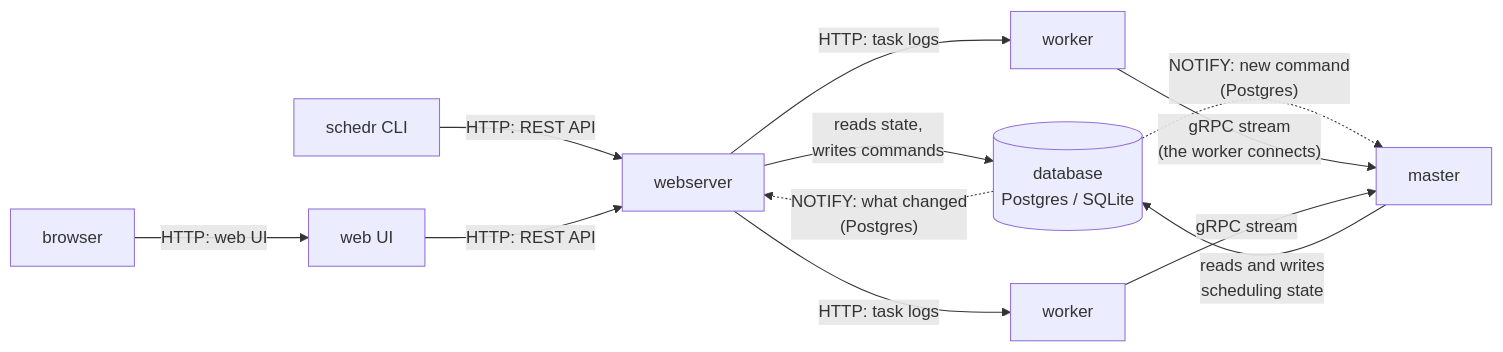
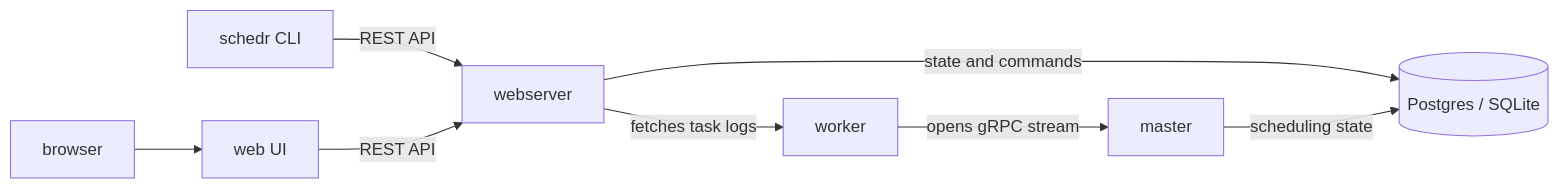
The diagram in docs/03-guide/01-overview.md (ptutak/schedr), drawn with Mermaid before and after one commit. The commit also changed other lines of this file and 9 other files, not shown here.

````diff
--- a/docs/03-guide/01-overview.md
+++ b/docs/03-guide/01-overview.md
@@ -20,14 +22,10 @@
 ```mermaid
 flowchart LR
-    browser["browser"] -- "HTTP: web UI" --> ui["web UI"]
-    cli["schedr CLI"] -- "HTTP: REST API" --> web["webserver"]
-    ui -- "HTTP: REST API" --> web
-    web -- "reads state,<br/>writes commands" --> db[("database<br/>Postgres / SQLite")]
-    master["master"] -- "reads and writes<br/>scheduling state" --> db
-    db -. "NOTIFY: new command<br/>(Postgres)" .-> master
-    db -. "NOTIFY: what changed<br/>(Postgres)" .-> web
-    worker1["worker"] -- "gRPC stream<br/>(the worker connects)" --> master
-    worker2["worker"] -- "gRPC stream" --> master
-    web -- "HTTP: task logs" --> worker1
-    web -- "HTTP: task logs" --> worker2
+    browser["browser"] --> ui["web UI"]
+    cli["schedr CLI"] -- "REST API" --> web["webserver"]
+    ui -- "REST API" --> web
+    web -- "state and commands" --> db[("Postgres / SQLite")]
+    master["master"] -- "scheduling state" --> db
+    worker["worker"] -- "opens gRPC stream" --> master
+    web -- "fetches task logs" --> worker
 ```
````
